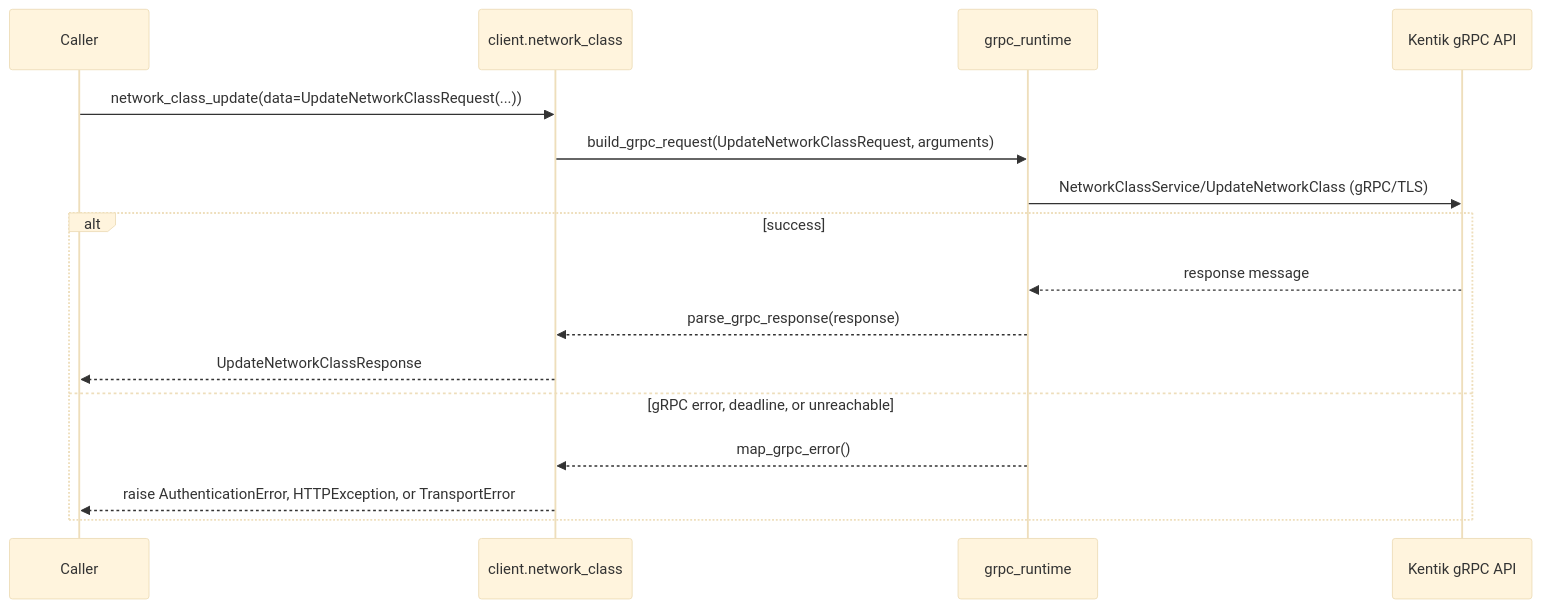
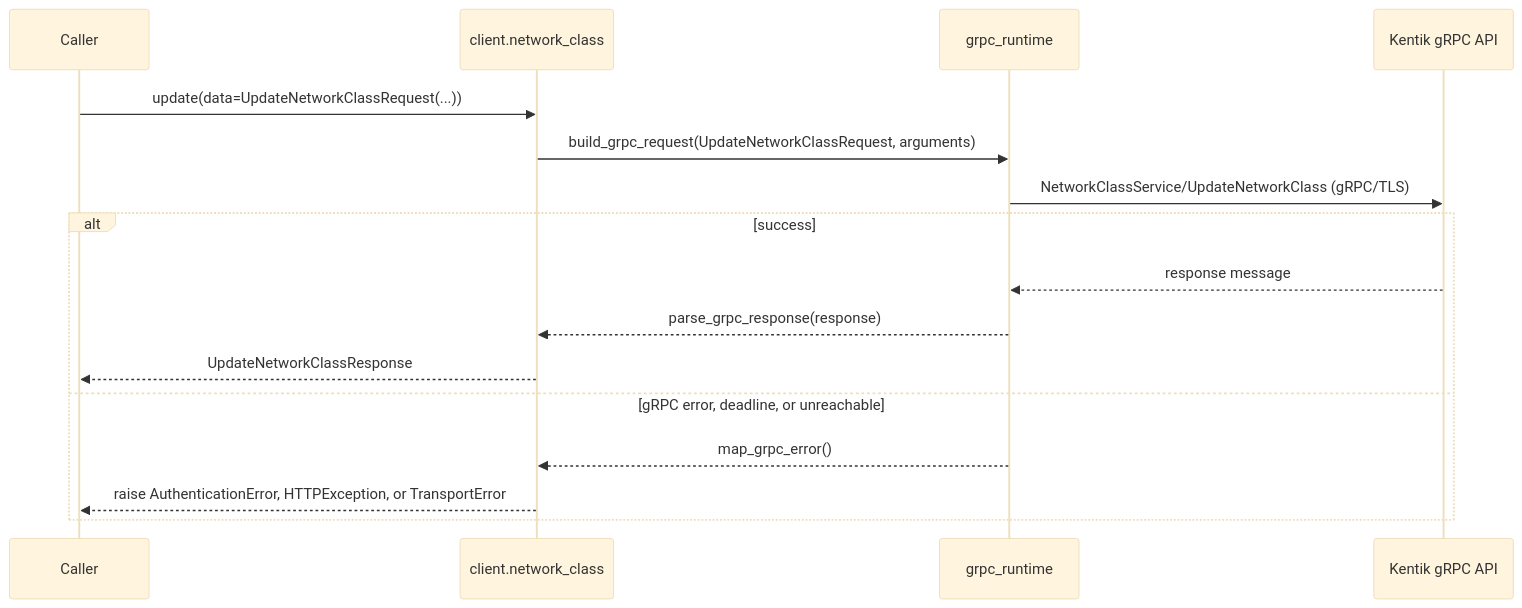
Before and after one commit to alexdearaujo/community_sdk_python: the fifth of 6 diagrams in docs/sphinx/services/network_class.md, drawn with Mermaid (base theme). The commit also changed other lines of this file and 119 other files, not shown here.

````diff
--- a/docs/sphinx/services/network_class.md
+++ b/docs/sphinx/services/network_class.md
@@ -127,19 +127,19 @@
 ```mermaid
 sequenceDiagram
     participant C as Caller
     participant W as client.network_class
     participant R as grpc_runtime
     participant API as Kentik gRPC API
 
-    C->>W: network_class_update(data=UpdateNetworkClassRequest(...))
+    C->>W: update(data=UpdateNetworkClassRequest(...))
     W->>R: build_grpc_request(UpdateNetworkClassRequest, arguments)
     R->>API: NetworkClassService/UpdateNetworkClass (gRPC/TLS)
     alt success
         API-->>R: response message
         R-->>W: parse_grpc_response(response)
         W-->>C: UpdateNetworkClassResponse
     else gRPC error, deadline, or unreachable
         R-->>W: map_grpc_error()
         W-->>C: raise AuthenticationError, HTTPException, or TransportError
     end
 ```
````
